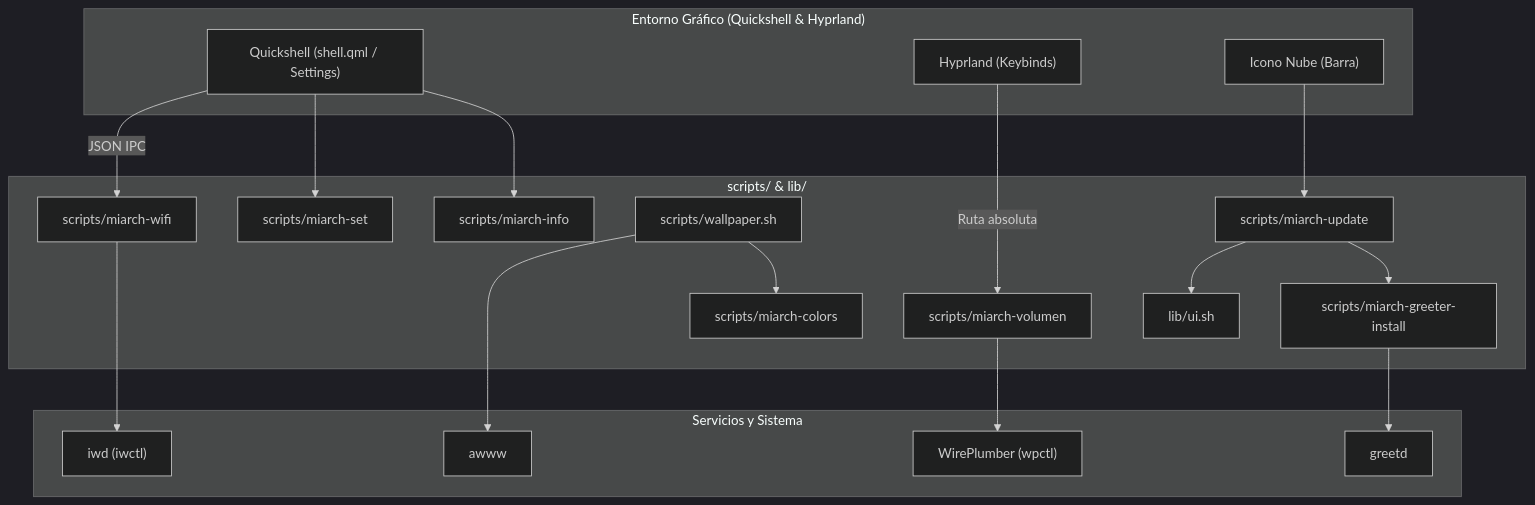
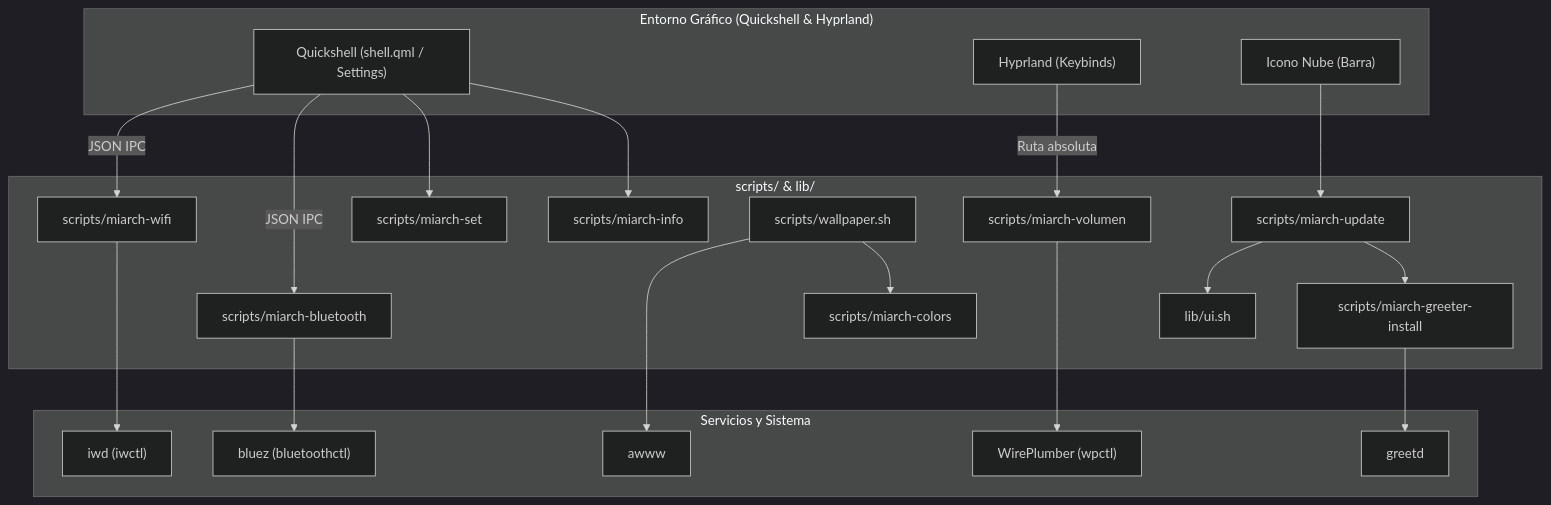
One commit to alejandro-xoxo/Miarch changed the diagram in docs/scripts.md. Above: the diagram before and after it, drawn with Mermaid (dark theme). The commit also changed other lines of this file and 3 other files, not shown here.

Commit message:
docs(bluetooth): document miarch-bluetooth script and update changelog

````diff
--- a/docs/scripts.md
+++ b/docs/scripts.md
@@ -5,40 +5,44 @@
 ```mermaid
 flowchart TD
     subgraph UI_Shell["Entorno Gráfico (Quickshell & Hyprland)"]
         QS["Quickshell (shell.qml / Settings)"]
         HL["Hyprland (Keybinds)"]
         Bar["Icono Nube (Barra)"]
     end
 
     subgraph Scripts["scripts/ & lib/"]
         UI["lib/ui.sh"]
         UPD["scripts/miarch-update"]
         VOL["scripts/miarch-volumen"]
         WIFI["scripts/miarch-wifi"]
+        BT["scripts/miarch-bluetooth"]
         SET["scripts/miarch-set"]
         COL["scripts/miarch-colors"]
         WALL["scripts/wallpaper.sh"]
         INFO["scripts/miarch-info"]
         GREET["scripts/miarch-greeter-install"]
     end
 
     subgraph System["Servicios y Sistema"]
         WP["WirePlumber (wpctl)"]
         IWD["iwd (iwctl)"]
+        BLUEZ["bluez (bluetoothctl)"]
         GREETD["greetd"]
         AWWW["awww"]
     end
 
     HL -->|Ruta absoluta| VOL
     VOL --> WP
     QS -->|JSON IPC| WIFI
     WIFI --> IWD
+    QS -->|JSON IPC| BT
+    BT --> BLUEZ
     QS --> SET
     QS --> INFO
     Bar --> UPD
     WALL --> AWWW
     WALL --> COL
     UPD --> UI
     UPD --> GREET
     GREET --> GREETD
 ```
````
